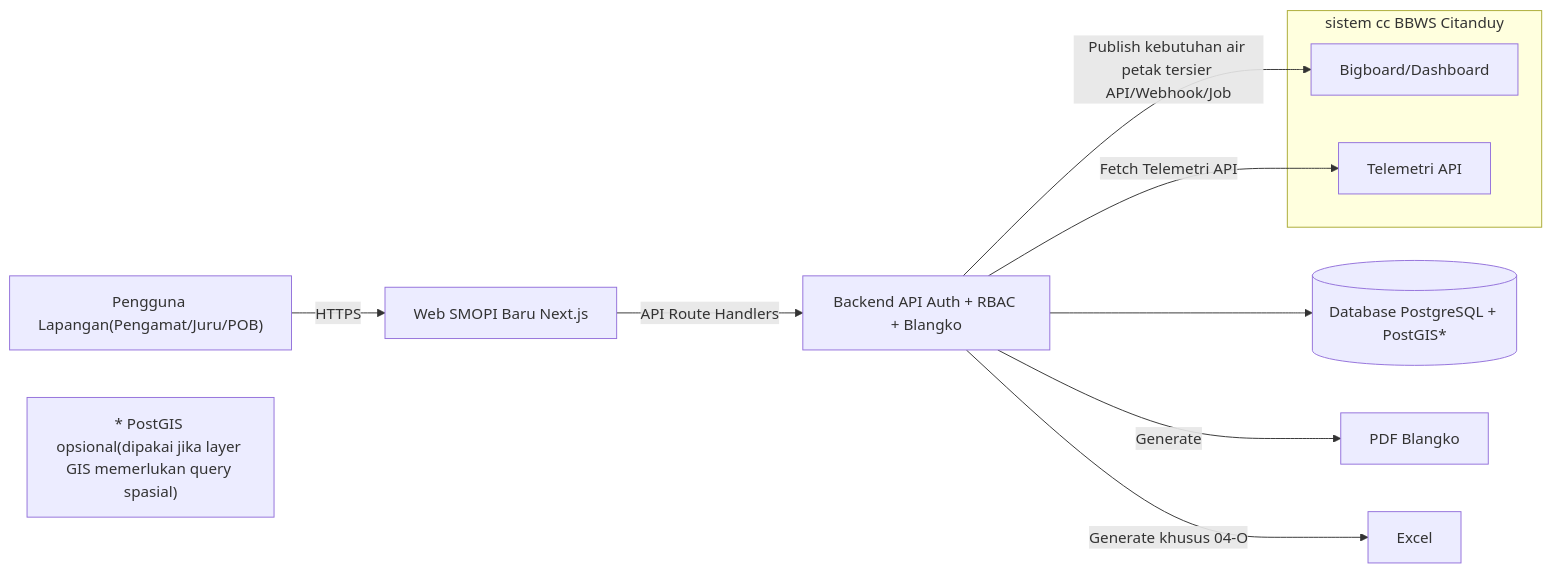
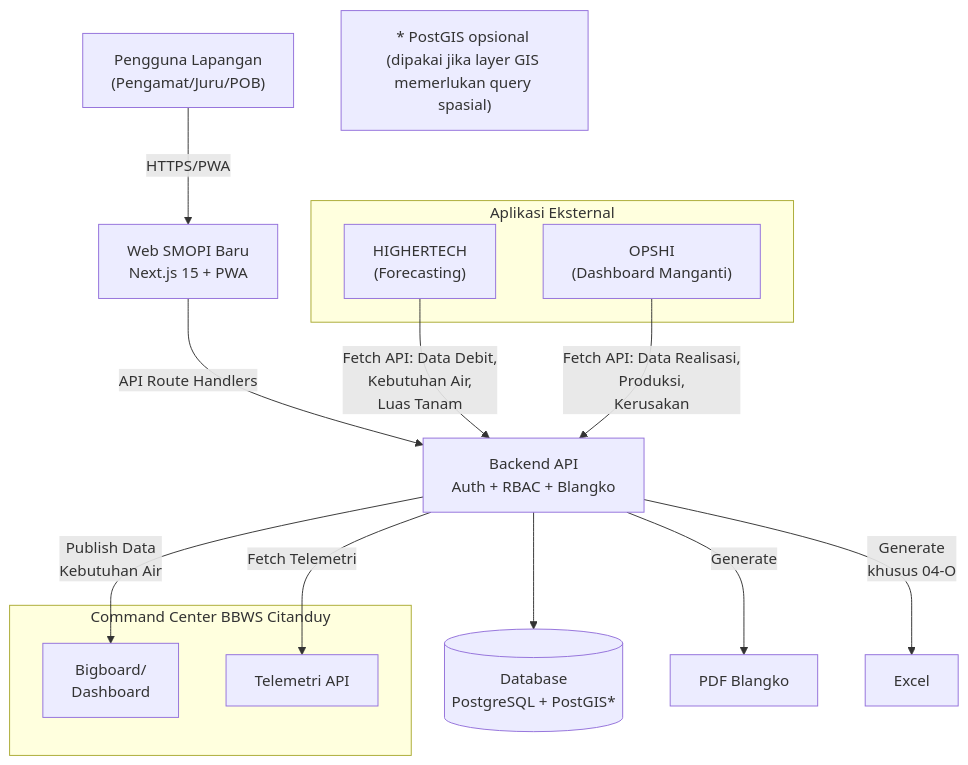
The diagram in proposal-teknis-cc-smopi.md (farhandwian/proposal-smopi), drawn with Mermaid before and after one commit. The commit also changed other lines of this file and 3 other files, not shown here.

Commit message:
Add system architecture diagram and enhance technical proposal with PWA and external integrations

````diff
--- a/proposal-teknis-cc-smopi.md
+++ b/proposal-teknis-cc-smopi.md
@@ -72,20 +88,28 @@
 ```mermaid
-flowchart LR
-  U["Pengguna Lapangan(Pengamat/Juru/POB)"] -->|HTTPS| W["Web SMOPI Baru Next.js"]
-  W -->|API Route Handlers| A["Backend API Auth + RBAC + Blangko"]
-  A --> D[("Database PostgreSQL + PostGIS*")]
+flowchart TB
+  U["Pengguna Lapangan<br/>(Pengamat/Juru/POB)"] -->|HTTPS/PWA| W["Web SMOPI Baru<br/>Next.js 15 + PWA"]
+  W -->|API Route Handlers| A["Backend API<br/>Auth + RBAC + Blangko"]
+  A --> D[("Database<br/>PostgreSQL + PostGIS*")]
 
-  subgraph CommandCenter[sistem cc BBWS Citanduy]
-    CCBB[Bigboard/Dashboard]
-    CCT[Telemetri API]
+  subgraph CommandCenter["Command Center BBWS Citanduy"]
+    CCBB["Bigboard/<br/>Dashboard"]
+    CCT["Telemetri API"]
   end
 
-  A -->|Fetch Telemetri API| CCT
-  A -->|Publish kebutuhan air petak tersier API/Webhook/Job| CCBB
+  A -->|Fetch Telemetri| CCT
+  A -->|Publish Data<br/>Kebutuhan Air| CCBB
 
-  A -->|Generate| PDF[PDF Blangko]
-  A -->|Generate khusus 04-O| XLS[Excel]
+  subgraph ExternalApps["Aplikasi Eksternal"]
+    HT["HIGHERTECH<br/>(Forecasting)"]
+    OP["OPSHI<br/>(Dashboard Manganti)"]
+  end
 
-  note1["* PostGIS opsional(dipakai jika layer GIS memerlukan query spasial)"]
+  HT -->|Fetch API: Data Debit,<br/>Kebutuhan Air,<br/>Luas Tanam| A
+  OP -->|Fetch API: Data Realisasi,<br/>Produksi,<br/>Kerusakan| A
+
+  A -->|Generate| PDF["PDF Blangko"]
+  A -->|Generate<br/>khusus 04-O| XLS["Excel"]
+
+  note1["* PostGIS opsional (dipakai jika layer GIS memerlukan query spasial)"]
 
 ```
````
